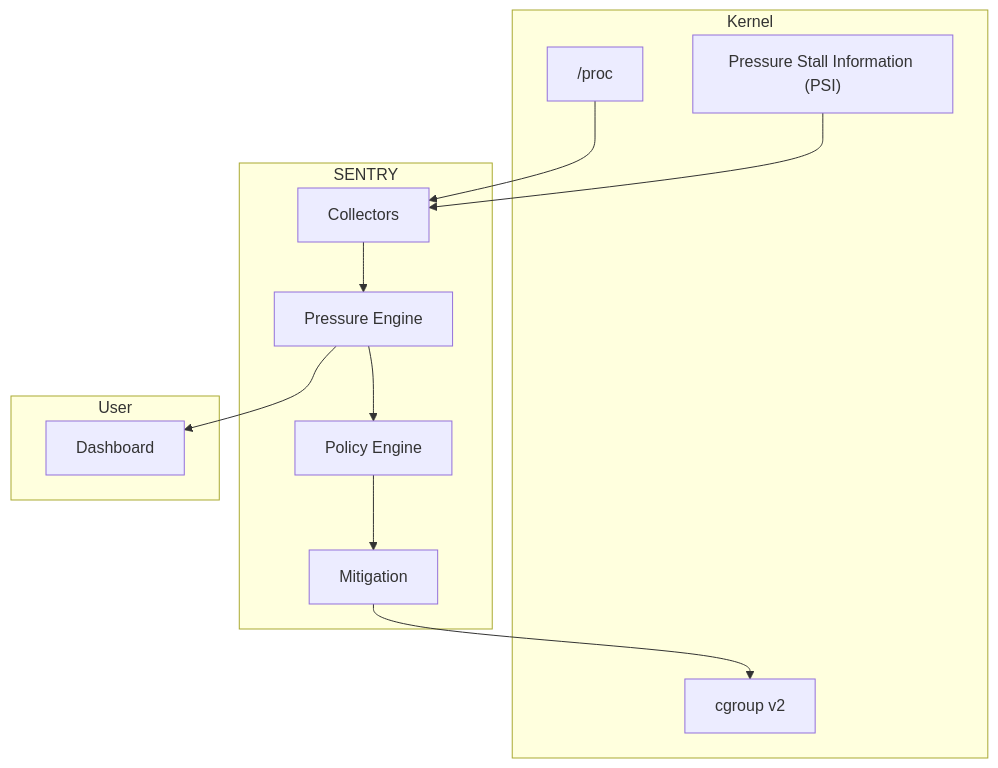
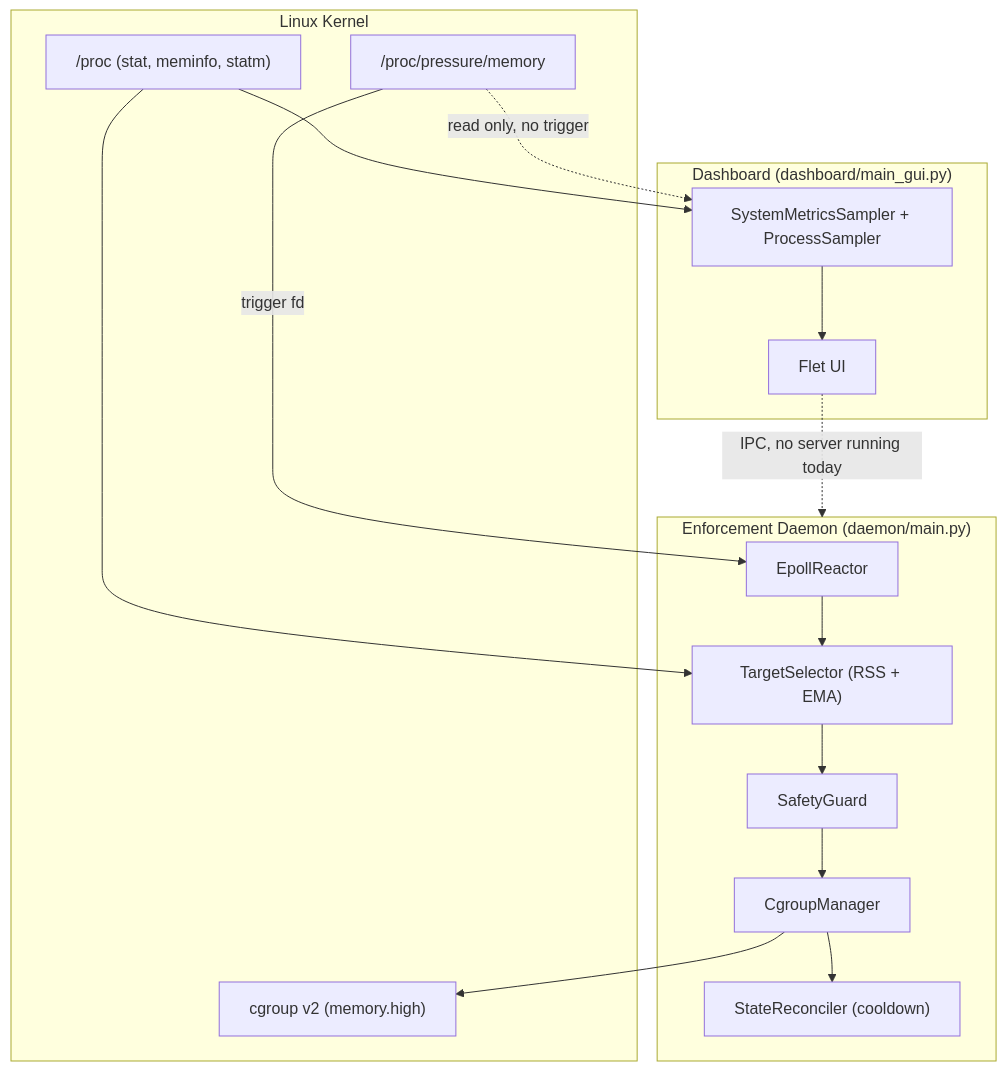
The diagram in README.md (apexajay-rc/SENTRY), drawn with Mermaid before and after one commit. The commit also changed other lines of this file, not shown here.

````diff
--- a/README.md
+++ b/README.md
@@ -501,31 +160,35 @@
 ```mermaid
 flowchart TD
-
-    subgraph Kernel
-        PROC["/proc"]
-        PSI["Pressure Stall Information (PSI)"]
-        CG["cgroup v2"]
+    subgraph Kernel["Linux Kernel"]
+        PSI["/proc/pressure/memory"]
+        CG["cgroup v2 (memory.high)"]
+        PROCFS["/proc (stat, meminfo, statm)"]
     end
 
-    subgraph SENTRY
-        COLLECT["Collectors"]
-        ENGINE["Pressure Engine"]
-        POLICY["Policy Engine"]
-        ACTION["Mitigation"]
+    subgraph Daemon["Enforcement Daemon (daemon/main.py)"]
+        REACTOR["EpollReactor"]
+        SELECTOR["TargetSelector (RSS + EMA)"]
+        GUARD["SafetyGuard"]
+        CGMGR["CgroupManager"]
+        RECON["StateReconciler (cooldown)"]
     end
 
-    subgraph User
-        DASH["Dashboard"]
+    subgraph Dashboard["Dashboard (dashboard/main_gui.py)"]
+        SAMPLER["SystemMetricsSampler + ProcessSampler"]
+        UI["Flet UI"]
     end
 
-    PROC --> COLLECT
-    PSI --> COLLECT
+    PSI -->|trigger fd| REACTOR
+    REACTOR --> SELECTOR
+    PROCFS --> SELECTOR
+    SELECTOR --> GUARD
+    GUARD --> CGMGR
+    CGMGR --> CG
+    CGMGR --> RECON
 
-    COLLECT --> ENGINE
-    ENGINE --> POLICY
-    POLICY --> ACTION
+    PROCFS --> SAMPLER
+    PSI -.->|read only, no trigger| SAMPLER
+    SAMPLER --> UI
 
-    ACTION --> CG
-
-    ENGINE --> DASH
+    UI -.->|IPC, no server running today| Daemon
 ```
````
